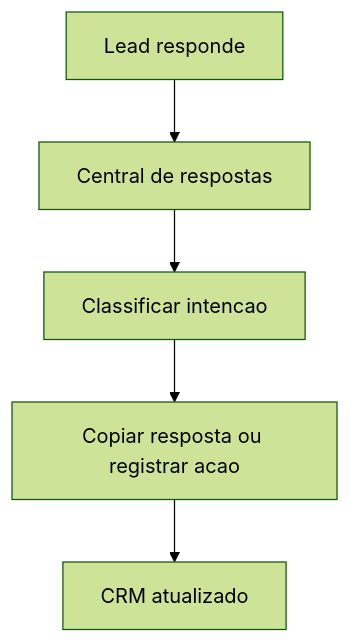
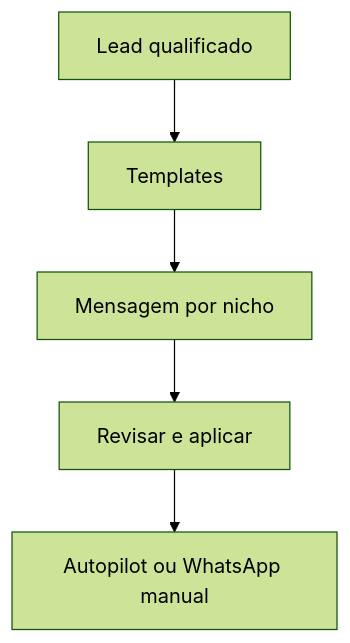
The diagram in docs/MAPA-INTERNO.md (isidio908-rgb/prospect-ai), drawn with Mermaid (forest theme) before and after one commit. The commit also changed other lines of this file, not shown here.

Commit message:
docs: map commercial templates flow

````diff
--- a/docs/MAPA-INTERNO.md
+++ b/docs/MAPA-INTERNO.md
@@ -72,7 +72,7 @@
 ```mermaid
 flowchart TD
-  A[Lead responde] --> B[Central de respostas]
-  B --> C[Classificar intencao]
-  C --> D[Copiar resposta ou registrar acao]
-  D --> E[CRM atualizado]
+  A[Lead qualificado] --> B[Templates]
+  B --> C[Mensagem por nicho]
+  C --> D[Revisar e aplicar]
+  D --> E[Autopilot ou WhatsApp manual]
 ```
````
